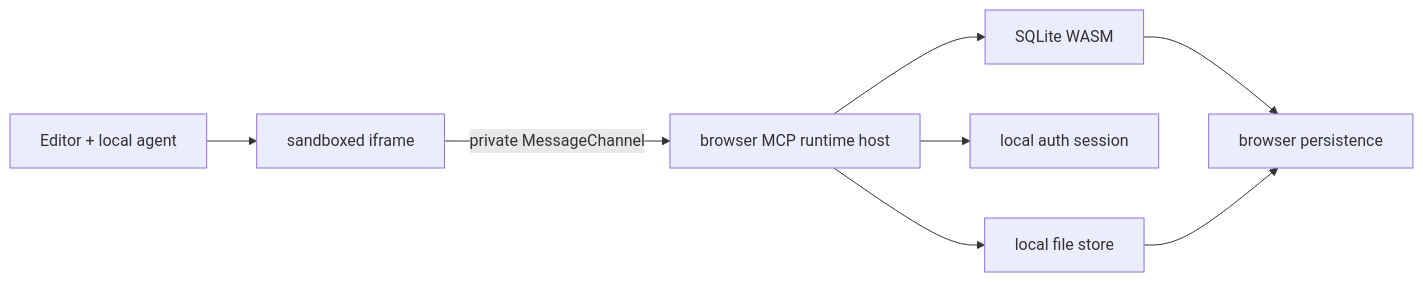
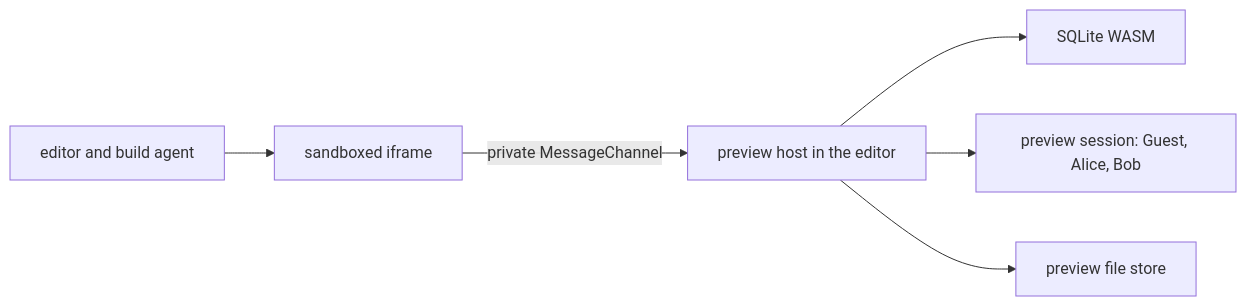
One commit to danibram/konae changed the first of 2 diagrams in docs/architecture.md. Above: the diagram before and after it, drawn with Mermaid. The commit also changed other lines of this file and 10 other files, not shown here.

````diff
--- a/docs/architecture.md
+++ b/docs/architecture.md
@@ -31,10 +151,8 @@
 ```mermaid
 flowchart LR
-  E["Editor + local agent"] --> P["sandboxed iframe"]
-  P -->|"private MessageChannel"| H["browser MCP runtime host"]
+  E["editor and build agent"] --> P["sandboxed iframe"]
+  P -->|"private MessageChannel"| H["preview host in the editor"]
   H --> D["SQLite WASM"]
-  H --> A["local auth session"]
-  H --> F["local file store"]
-  D --> L["browser persistence"]
-  F --> L
+  H --> A["preview session: Guest, Alice, Bob"]
+  H --> F["preview file store"]
 ```
````
